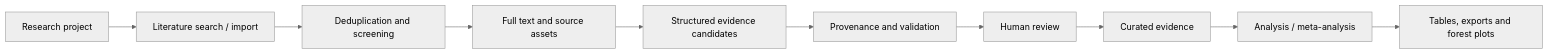
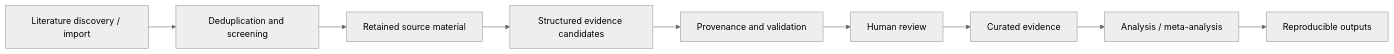
One commit to Niedharsan/meta-analysis-platform changed the diagram in README.md. Above: the diagram before and after it, drawn with Mermaid (neutral theme). The commit also changed other lines of this file and 11 other files, not shown here.

````diff
--- a/README.md
+++ b/README.md
@@ -17,12 +13,11 @@
 ```mermaid
 flowchart LR
-    A[Research project] --> B[Literature search / import]
-    B --> C[Deduplication and screening]
-    C --> D[Full text and source assets]
-    D --> E[Structured evidence candidates]
-    E --> F[Provenance and validation]
-    F --> G[Human review]
-    G --> H[Curated evidence]
-    H --> I[Analysis / meta-analysis]
-    I --> J[Tables, exports and forest plots]
+    A[Literature discovery / import] --> B[Deduplication and screening]
+    B --> C[Retained source material]
+    C --> D[Structured evidence candidates]
+    D --> E[Provenance and validation]
+    E --> F[Human review]
+    F --> G[Curated evidence]
+    G --> H[Analysis / meta-analysis]
+    H --> I[Reproducible outputs]
 ```
````
